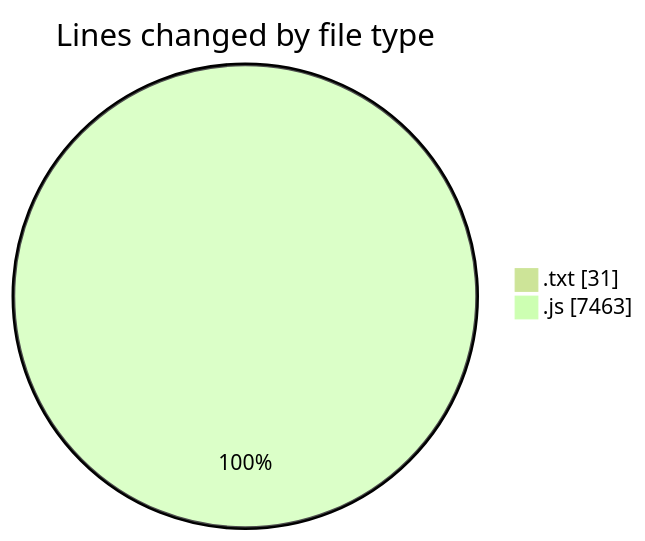
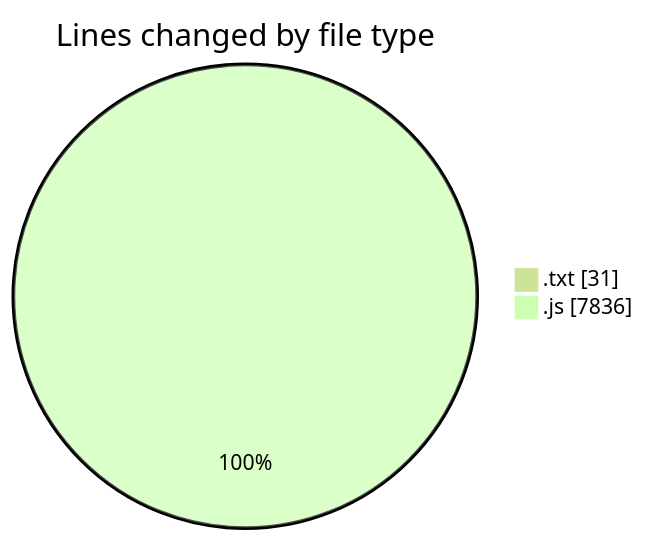
One commit to becaeroporto-bot/code-tracking changed the first of 2 diagrams in 2026-02-19/bot_i_a/README.md. Above: the diagram before and after it, drawn with Mermaid (forest theme). The commit also changed other lines of this file and 1 other file, not shown here.

````diff
--- a/2026-02-19/bot_i_a/README.md
+++ b/2026-02-19/bot_i_a/README.md
@@ -34,6 +35,6 @@
 ```mermaid
 pie showData
 title Lines changed by file type
 ".txt" : 31
-".js" : 7463
+".js" : 7836
 ```
````
